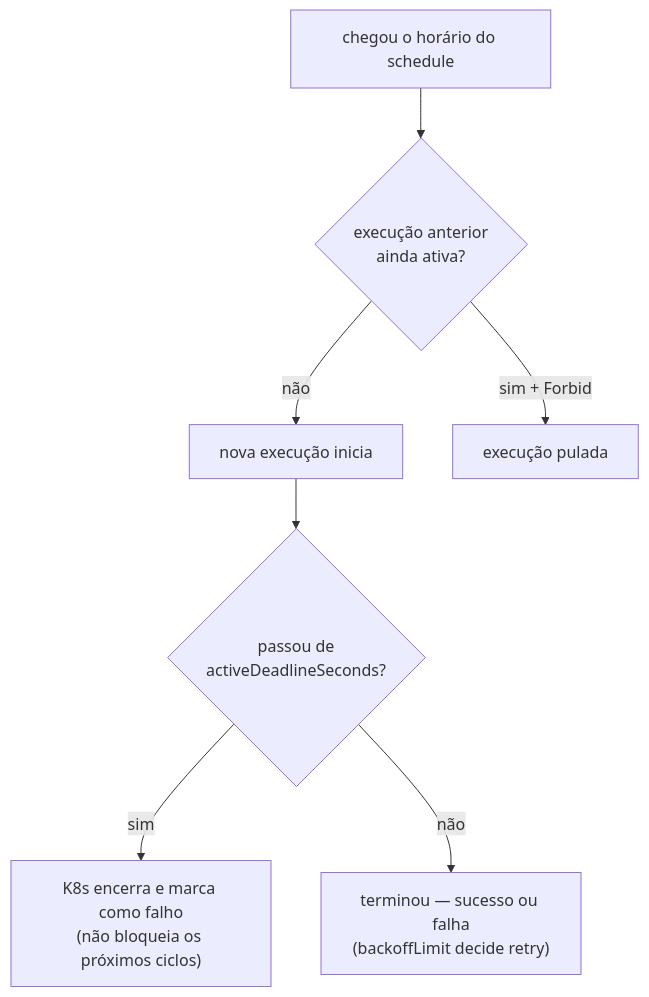
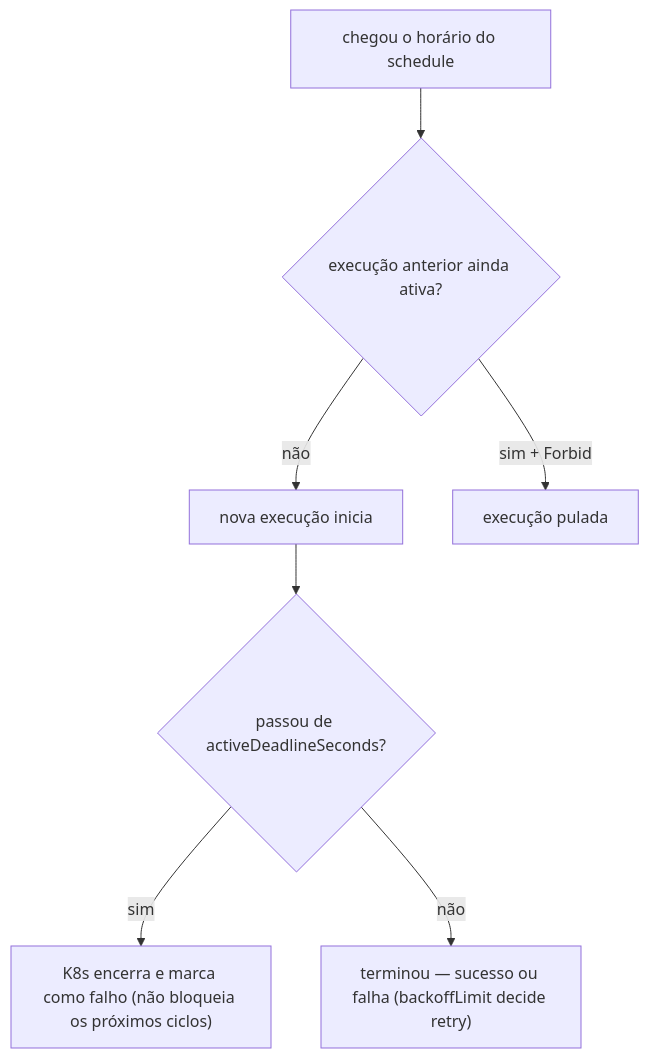
One commit to cesarschutz/cesarschutz.github.io changed the diagram in src/contents/posts/kubernetes-cronjob-concorrencia.md. Above: the diagram before and after it, drawn with Mermaid. The commit also changed 10 other files, not shown here.

First line of the commit message:
Blinda diagramas Mermaid: remove <br> e nós invisíveis dos rótulos

````diff
--- a/src/contents/posts/kubernetes-cronjob-concorrencia.md
+++ b/src/contents/posts/kubernetes-cronjob-concorrencia.md
@@ -37,9 +37,9 @@
 ```mermaid
 flowchart TD
-  T["chegou o horário do schedule"] --> C{"execução anterior<br>ainda ativa?"}
+  T["chegou o horário do schedule"] --> C{"execução anterior ainda ativa?"}
   C -->|"não"| R["nova execução inicia"]
   C -->|"sim + Forbid"| S["execução pulada"]
-  R --> D{"passou de<br>activeDeadlineSeconds?"}
-  D -->|"sim"| K["K8s encerra e marca como falho<br>(não bloqueia os próximos ciclos)"]
-  D -->|"não"| F["terminou — sucesso ou falha<br>(backoffLimit decide retry)"]
+  R --> D{"passou de activeDeadlineSeconds?"}
+  D -->|"sim"| K["K8s encerra e marca como falho (não bloqueia os próximos ciclos)"]
+  D -->|"não"| F["terminou — sucesso ou falha (backoffLimit decide retry)"]
 ```
````
